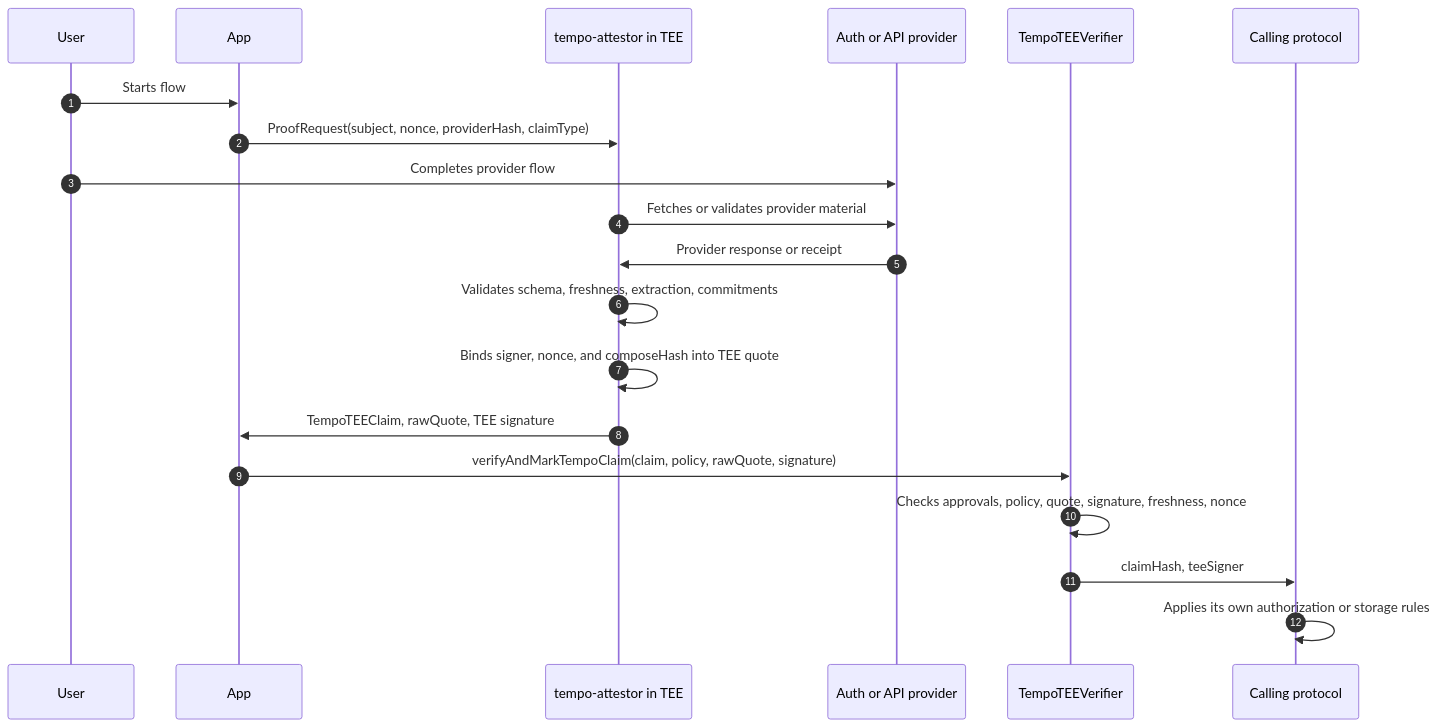
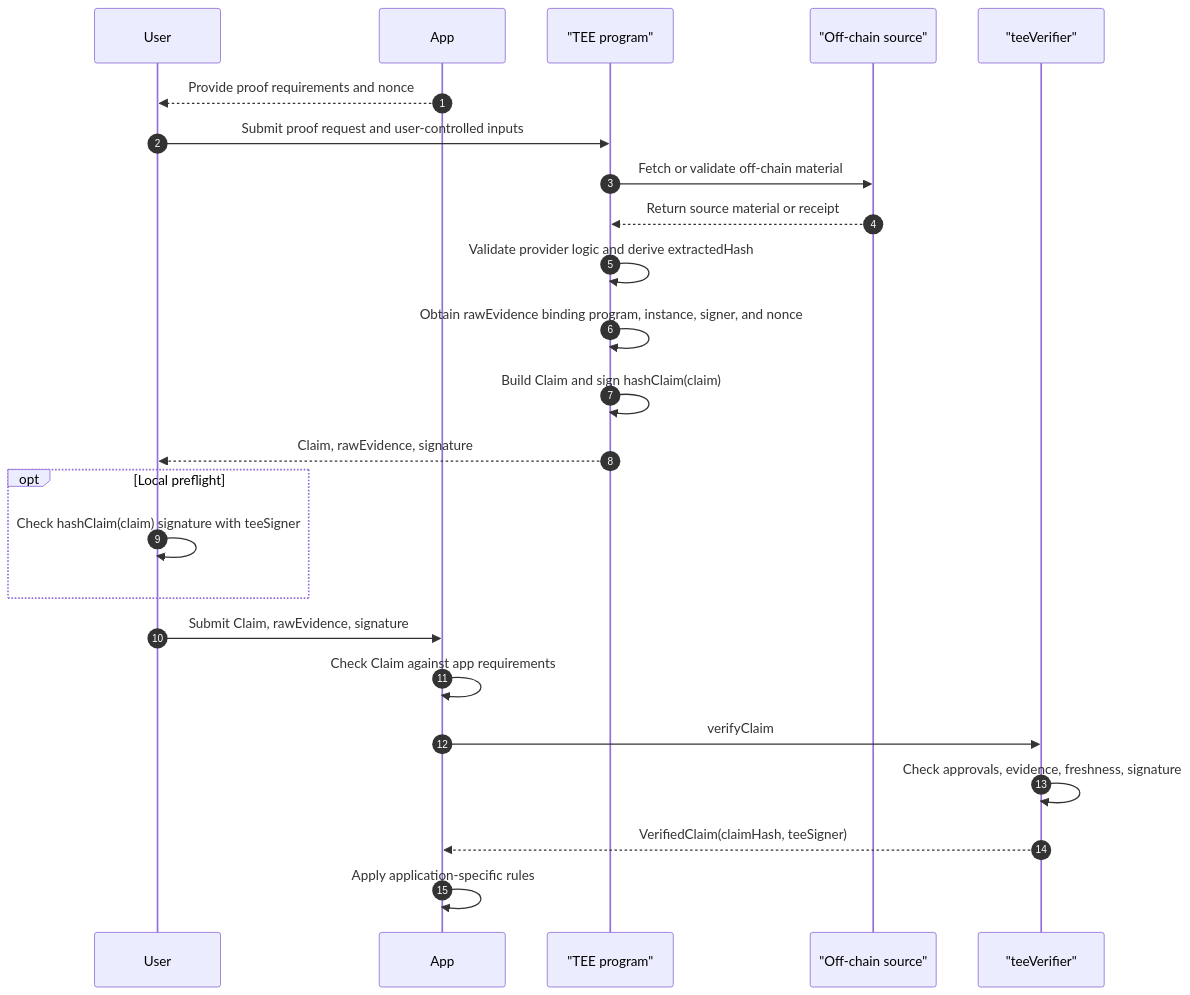
Before and after one commit to tempoxyz/tempo: the first of 5 diagrams in tips/tip-1075.md, drawn with Mermaid. The commit also changed other lines of this file and 4 other files, not shown here.

````diff
--- a/tips/tip-1075.md
+++ b/tips/tip-1075.md
@@ -79,23 +167,27 @@
 ```mermaid
 sequenceDiagram
     autonumber
     participant User
     participant App
-    participant Attestor as tempo-attestor in TEE
-    participant Provider as Auth or API provider
-    participant Verifier as TempoTEEVerifier
-    participant Consumer as Calling protocol
+    participant TEE as "TEE program"
+    participant Source as "Off-chain source"
+    participant Verifier as "teeVerifier"
 
-    User->>App: Starts flow
-    App->>Attestor: ProofRequest(subject, nonce, providerHash, claimType)
-    User->>Provider: Completes provider flow
-    Attestor->>Provider: Fetches or validates provider material
-    Provider->>Attestor: Provider response or receipt
-    Attestor->>Attestor: Validates schema, freshness, extraction, commitments
-    Attestor->>Attestor: Binds signer, nonce, and composeHash into TEE quote
-    Attestor->>App: TempoTEEClaim, rawQuote, TEE signature
-    App->>Verifier: verifyAndMarkTempoClaim(claim, policy, rawQuote, signature)
-    Verifier->>Verifier: Checks approvals, policy, quote, signature, freshness, nonce
-    Verifier->>Consumer: claimHash, teeSigner
-    Consumer->>Consumer: Applies its own authorization or storage rules
+    App-->>User: Provide proof requirements and nonce
+    User->>TEE: Submit proof request and user-controlled inputs
+    TEE->>Source: Fetch or validate off-chain material
+    Source-->>TEE: Return source material or receipt
+    TEE->>TEE: Validate provider logic and derive extractedHash
+    TEE->>TEE: Obtain rawEvidence binding program, instance, signer, and nonce
+    TEE->>TEE: Build Claim and sign hashClaim(claim)
+    TEE-->>User: Claim, rawEvidence, signature
+    opt Local preflight
+        User->>User: Check hashClaim(claim) signature with teeSigner
+    end
+    User->>App: Submit Claim, rawEvidence, signature
+    App->>App: Check Claim against app requirements
+    App->>Verifier: verifyClaim
+    Verifier->>Verifier: Check approvals, evidence, freshness, signature
+    Verifier-->>App: VerifiedClaim(claimHash, teeSigner)
+    App->>App: Apply application-specific rules
 ```
````
